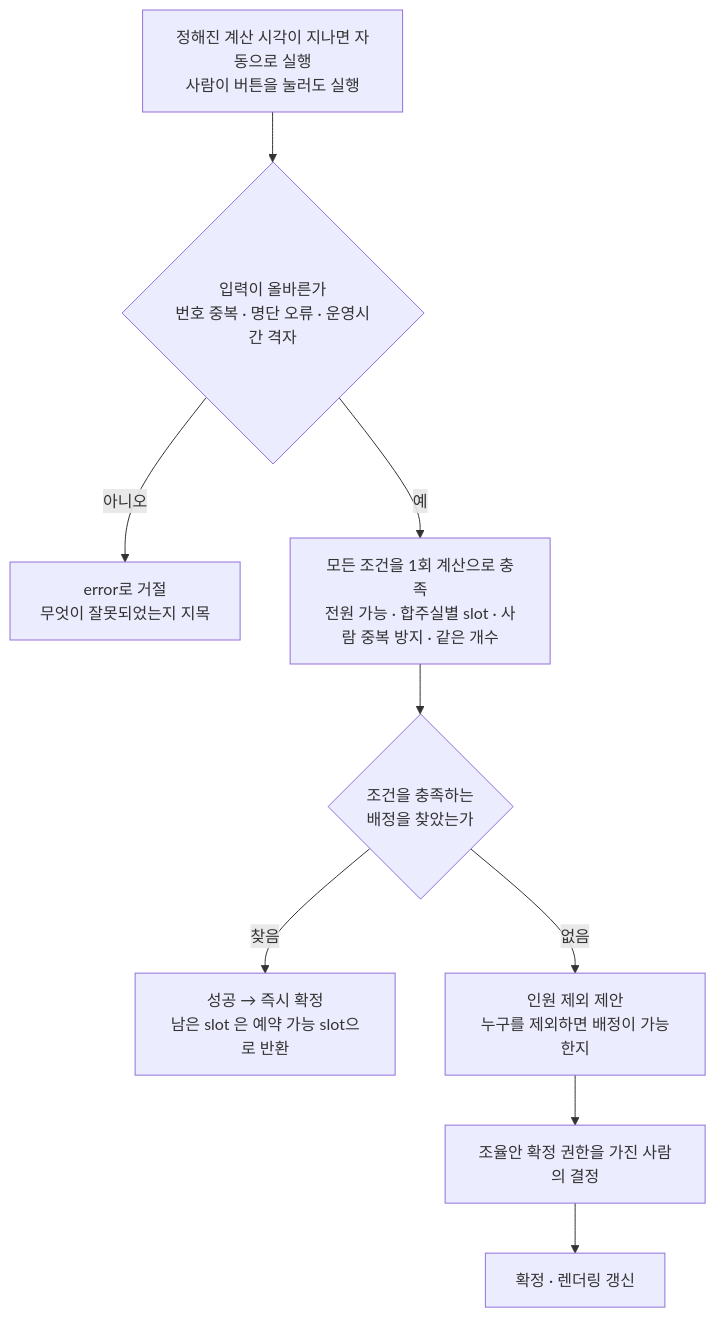
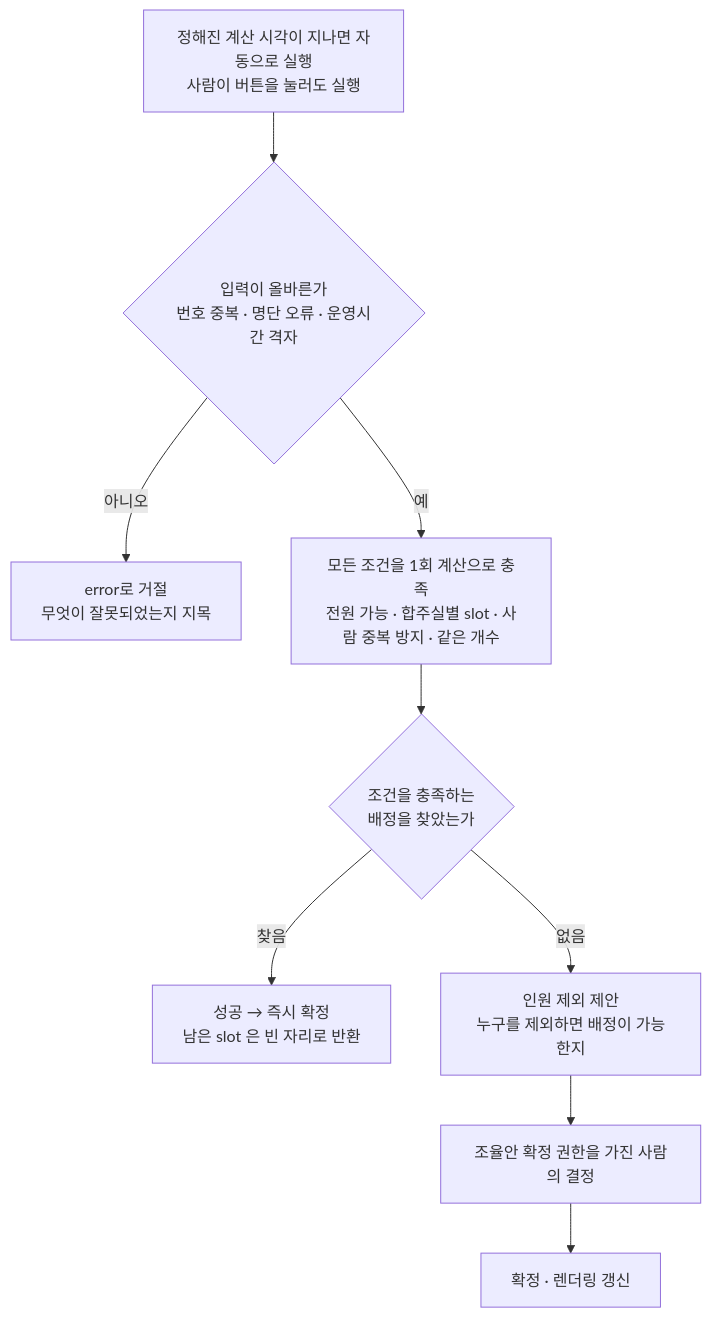
Before and after one commit to minkong-dev/Banblit: the first of 3 diagrams in .cluedoc/auto-assignment/README.md, drawn with Mermaid. The commit also changed other lines of this file and 5 other files, not shown here.

````diff
--- a/.cluedoc/auto-assignment/README.md
+++ b/.cluedoc/auto-assignment/README.md
@@ -27,11 +27,11 @@
 ```mermaid
 flowchart TD
     T[정해진 계산 시각이 지나면 자동으로 실행<br/>사람이 버튼을 눌러도 실행] --> V{입력이 올바른가<br/>번호 중복 · 명단 오류 · 운영시간 격자}
     V -->|아니오| E[error로 거절<br/>무엇이 잘못되었는지 지목]
     V -->|예| S[모든 조건을 1회 계산으로 충족<br/>전원 가능 · 합주실별 slot · 사람 중복 방지 · 같은 개수]
     S --> Q{조건을 충족하는<br/>배정을 찾았는가}
-    Q -->|찾음| OK[성공 → 즉시 확정<br/>남은 slot 은 예약 가능 slot으로 반환]
+    Q -->|찾음| OK[성공 → 즉시 확정<br/>남은 slot 은 빈 자리로 반환]
     Q -->|없음| P[인원 제외 제안<br/>누구를 제외하면 배정이 가능한지]
     P --> H[조율안 확정 권한을 가진 사람의 결정]
     H --> C[확정 · 렌더링 갱신]
 ```
````
